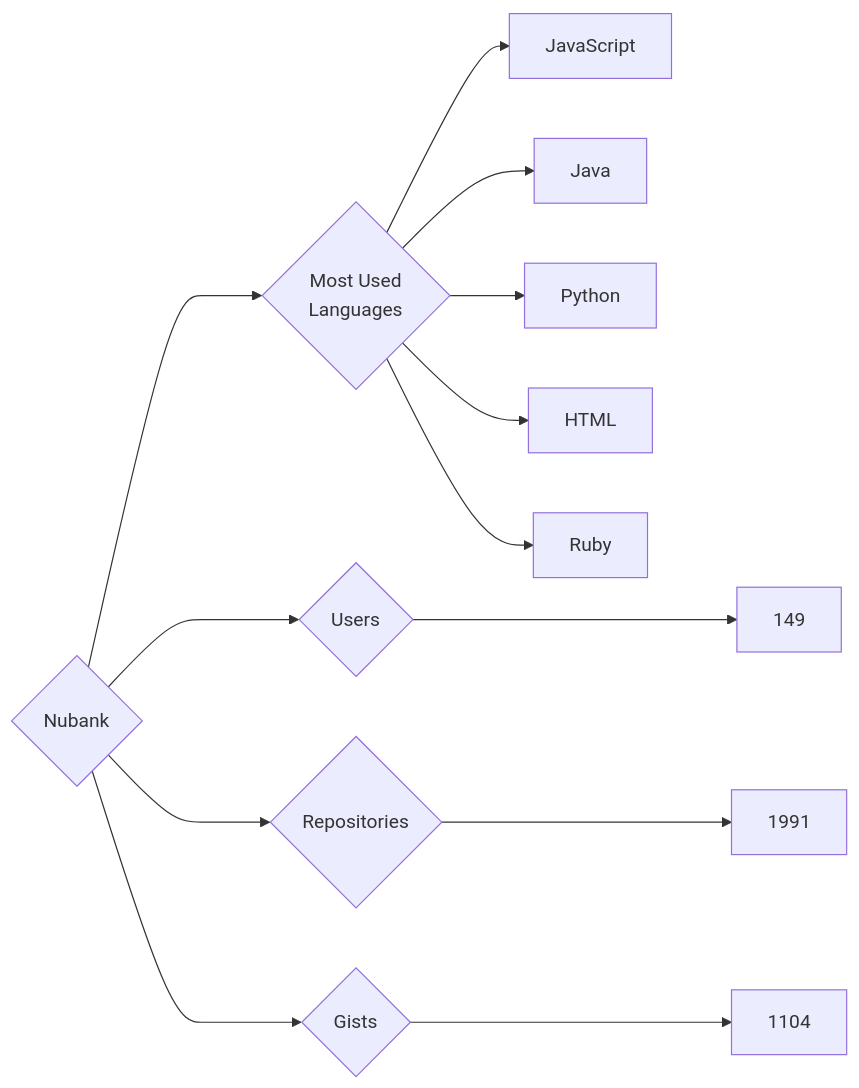
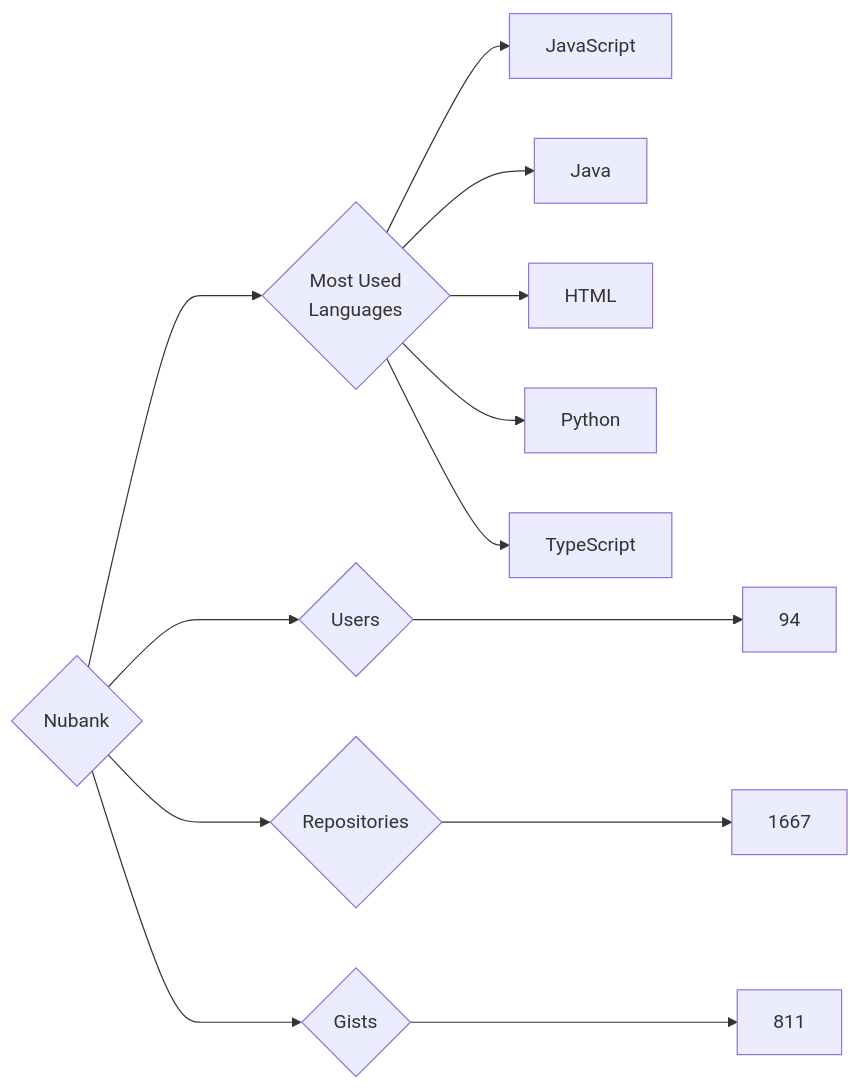
One commit to trickest/insiders changed the diagram in targets/Nubank/README.md. Above: the diagram before and after it, drawn with Mermaid. The commit also changed 787 other files, not shown here.

````diff
--- a/targets/Nubank/README.md
+++ b/targets/Nubank/README.md
@@ -3,13 +3,13 @@
 ```mermaid
 graph LR
 COMPANY_NAME{Nubank}
-COMPANY_NAME ---> U{Users} ---> UN[149]
-COMPANY_NAME ---> R{Repositories} ---> RN[1991]
-COMPANY_NAME ---> G{Gists} ---> GN[1104]
+COMPANY_NAME ---> U{Users} ---> UN[94]
+COMPANY_NAME ---> R{Repositories} ---> RN[1667]
+COMPANY_NAME ---> G{Gists} ---> GN[811]
 COMPANY_NAME ---> ML{Most Used<br>Languages}
 ML --> JavaScript[JavaScript]
 ML --> Java[Java]
+ML --> HTML[HTML]
 ML --> Python[Python]
-ML --> HTML[HTML]
-ML --> Ruby[Ruby]
+ML --> TypeScript[TypeScript]
 ```
````
